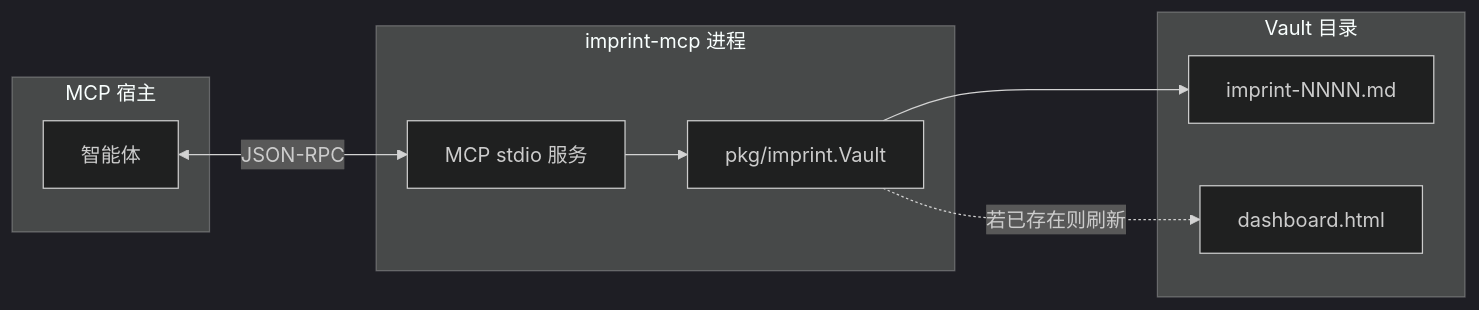
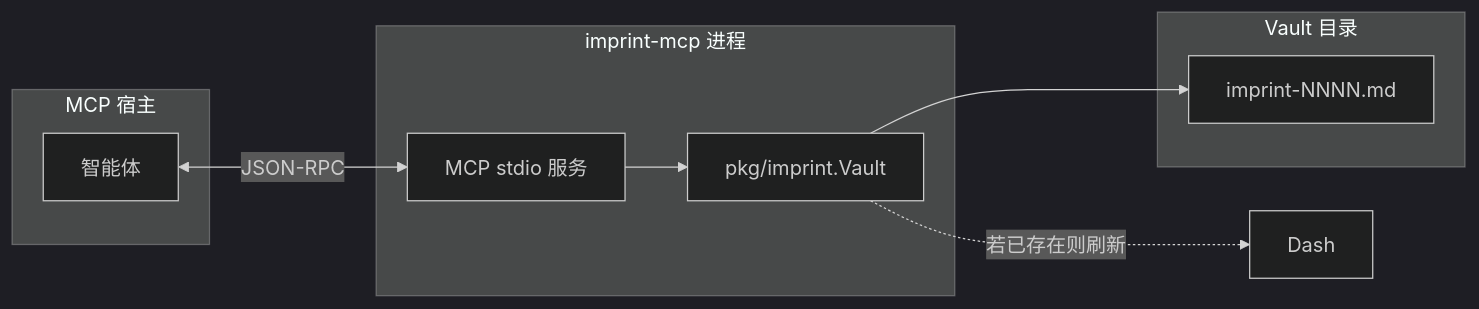
Before and after one commit to SteamedBread2333/imprint: the diagram in docs/mcp.zh.md, drawn with Mermaid (dark theme). The commit also changed other lines of this file and 28 other files, not shown here.

````diff
--- a/docs/mcp.zh.md
+++ b/docs/mcp.zh.md
@@ -10,18 +10,17 @@
 ```mermaid
 flowchart LR
   subgraph host [MCP 宿主]
     Agent[智能体]
   end
   subgraph proc [imprint-mcp 进程]
     MCP[MCP stdio 服务]
     Vault[pkg/imprint.Vault]
     MCP --> Vault
   end
   subgraph disk [Vault 目录]
     Shards[imprint-NNNN.md]
-    Dash[dashboard.html]
   end
   Agent <-->|JSON-RPC| MCP
   Vault --> Shards
   Vault -.->|若已存在则刷新| Dash
 ```
````
